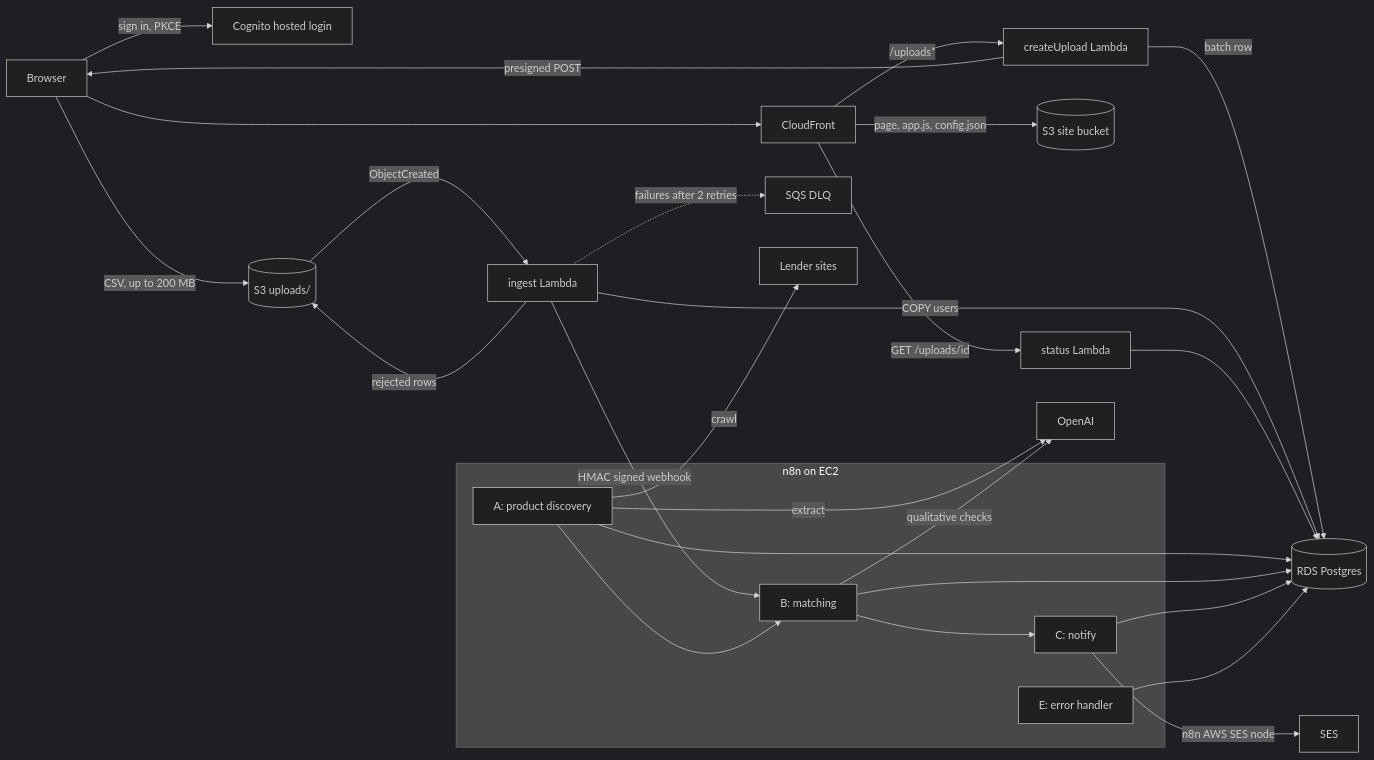
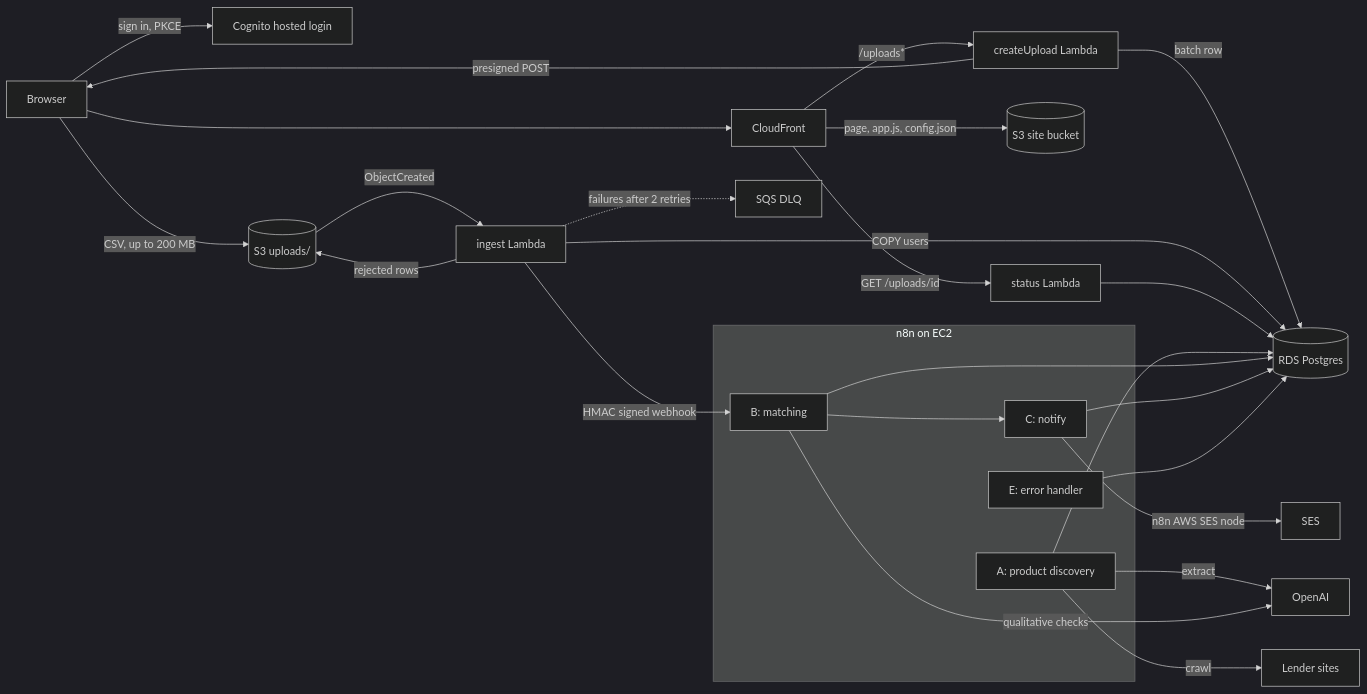
Before and after one commit to Arshdeep54/sieve: the diagram in README.md, drawn with Mermaid (dark theme). The commit also changed other lines of this file and 2 other files, not shown here.

````diff
--- a/README.md
+++ b/README.md
@@ -16,29 +16,29 @@
 ```mermaid
 flowchart LR
     Browser -->|sign in, PKCE| Cognito[Cognito hosted login]
     Browser --> CDN[CloudFront]
     CDN -->|page, app.js, config.json| Site[(S3 site bucket)]
     CDN -->|/uploads*| Create[createUpload Lambda]
     Create -->|batch row| RDS[(RDS Postgres)]
     Create -->|presigned POST| Browser
     Browser -->|CSV, up to 200 MB| S3[(S3 uploads/)]
     S3 -->|ObjectCreated| Ingest[ingest Lambda]
     Ingest -->|COPY users| RDS
     Ingest -->|rejected rows| S3
     Ingest -.->|failures after 2 retries| DLQ[SQS DLQ]
     Ingest -->|HMAC signed webhook| B
     CDN -->|GET /uploads/id| Status[status Lambda]
     Status --> RDS
 
     subgraph EC2 [n8n on EC2]
-        A[A: product discovery] --> B[B: matching]
-        B --> C[C: notify]
+        A[A: product discovery]
+        B[B: matching] --> C[C: notify]
         E[E: error handler]
     end
 
     A -->|crawl| Lenders[Lender sites]
     A -->|extract| OpenAI
     B -->|qualitative checks| OpenAI
     A & B & C & E --> RDS
     C -->|n8n AWS SES node| SES
 ```
````
